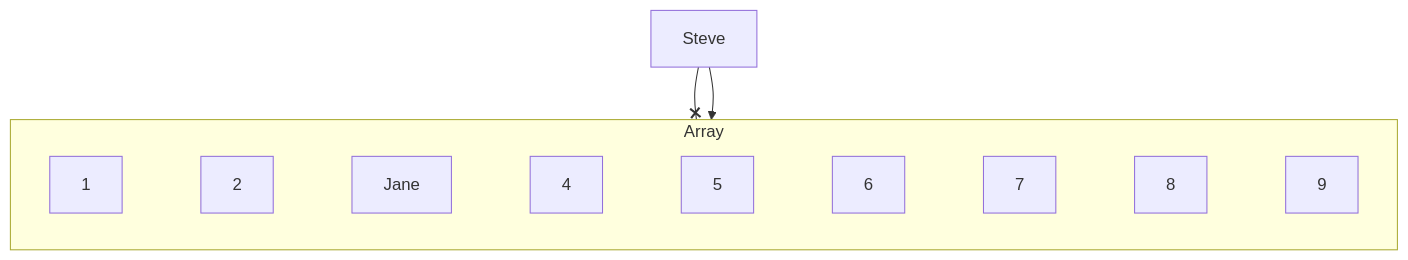
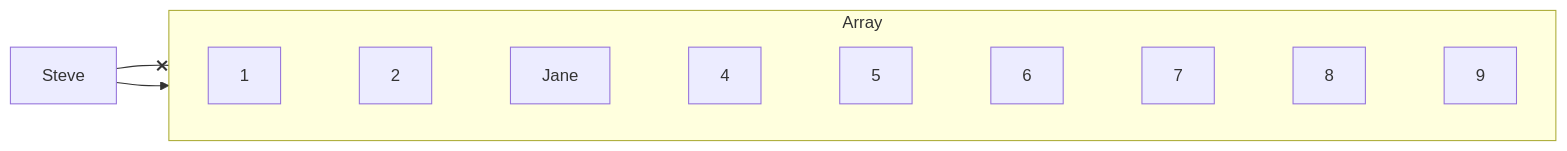
The second of 3 diagrams in docs/datenstrukturen/hashtable.md (tsolenthaler/zbwAlgDs), drawn with Mermaid before and after one commit. The commit also changed other lines of this file, not shown here.

Commit message:
Change mermaid flowcharts in hashtable documentation from TD to LR direction for consistency

````diff
--- a/docs/datenstrukturen/hashtable.md
+++ b/docs/datenstrukturen/hashtable.md
@@ -149,9 +149,9 @@
 ``` mermaid
-flowchart TD
+flowchart LR
     Steve --x 3
     Steve --> 4
     subgraph Array
         direction LR
         1 ~~~ 2 ~~~ 3[Jane] ~~~ 4 ~~~ 5 ~~~ 6 ~~~ 7 ~~~ 8 ~~~ 9
     end
 ```
````
